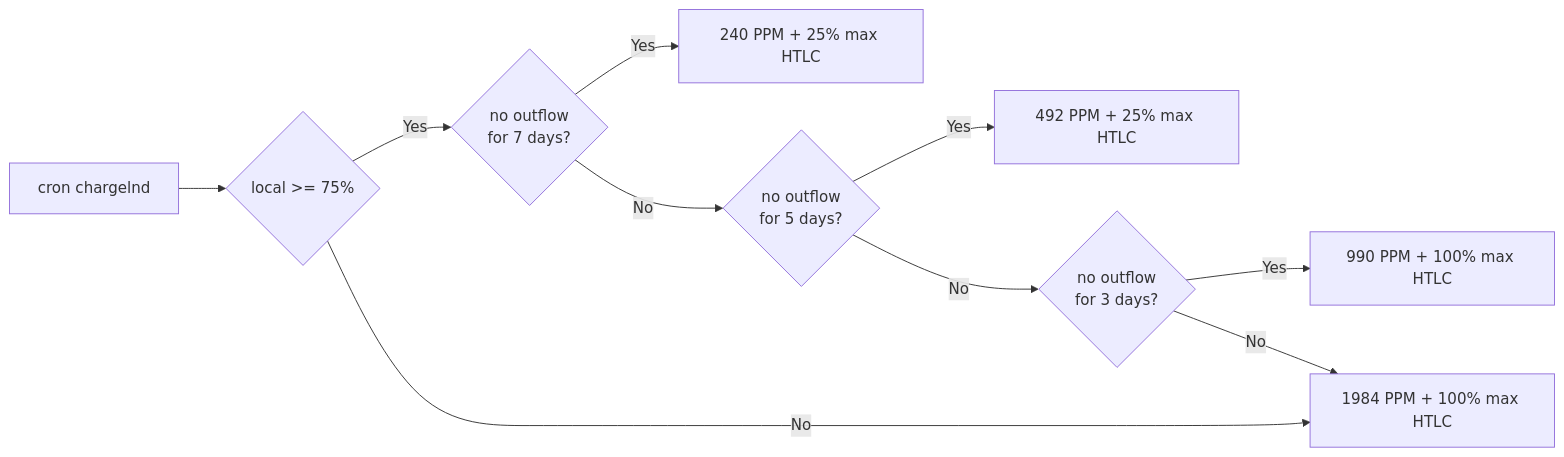
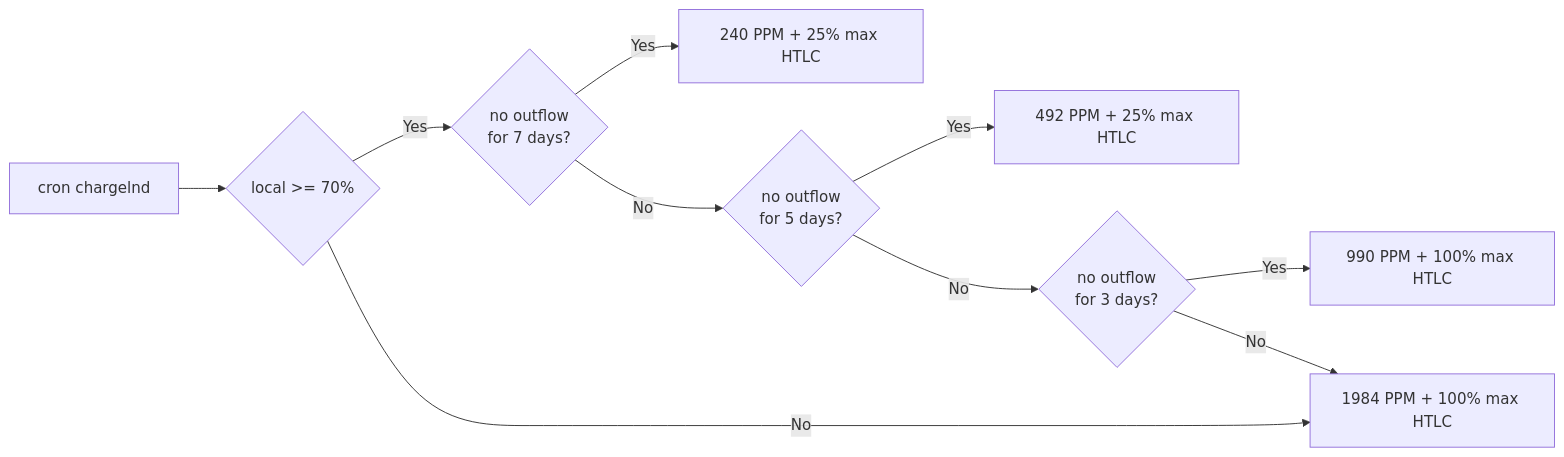
The first of 2 diagrams in README.md (zapomatic/zap_lnd_tools), drawn with Mermaid before and after one commit. The commit also changed other lines of this file and 2 other files, not shown here.

````diff
--- a/README.md
+++ b/README.md
@@ -48,12 +48,12 @@
 ```mermaid
 flowchart LR
-    A[cron chargelnd] --> B{local >= 75%}
+    A[cron chargelnd] --> B{local >= 70%}
     B -->|Yes| C{no outflow\n for 7 days?}
     B -->|No| D[1984 PPM + 100% max HTLC]
     C -->|Yes| E[240 PPM + 25% max HTLC]
     C -->|No| F{no outflow\n for 5 days?}
     F -->|Yes| G[492 PPM + 25% max HTLC]
     F -->|No| H{no outflow\n for 3 days?}
     H -->|Yes| I[990 PPM + 100% max HTLC]
     H -->|No| D[1984 PPM + 100% max HTLC]
 ```
````
